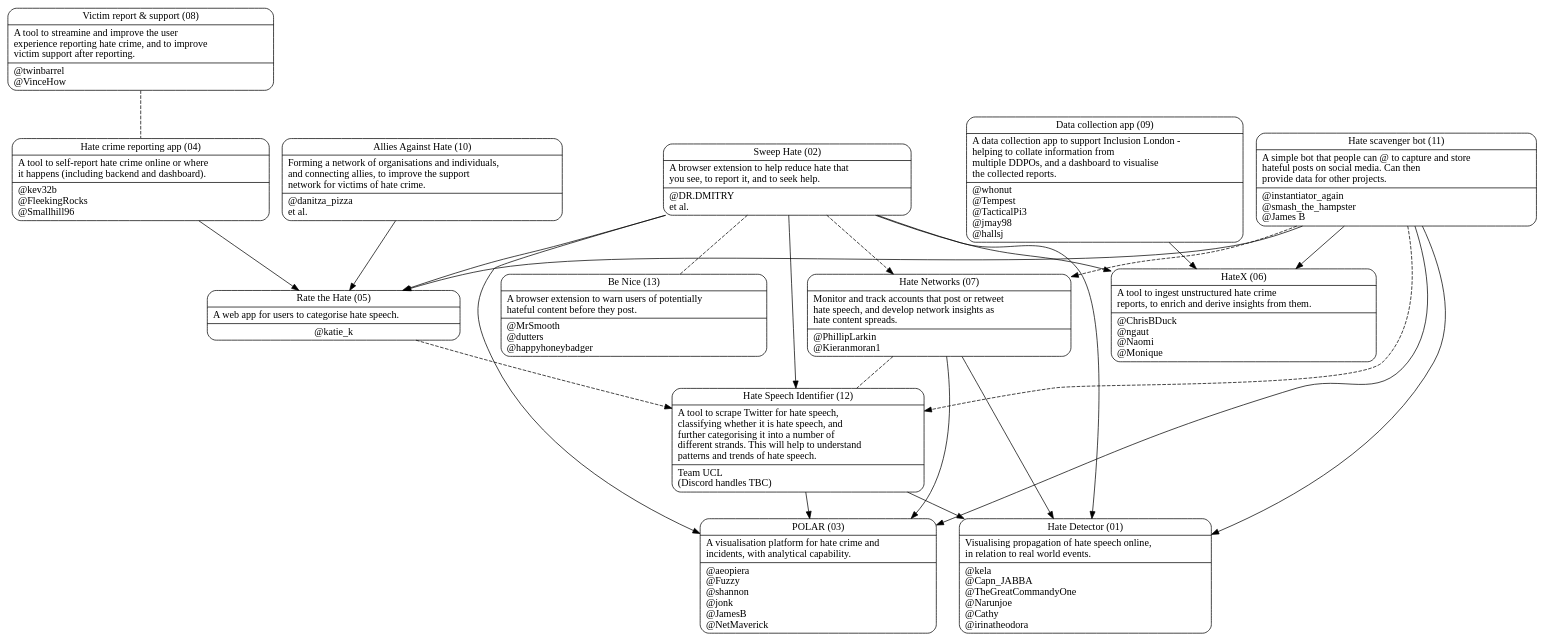
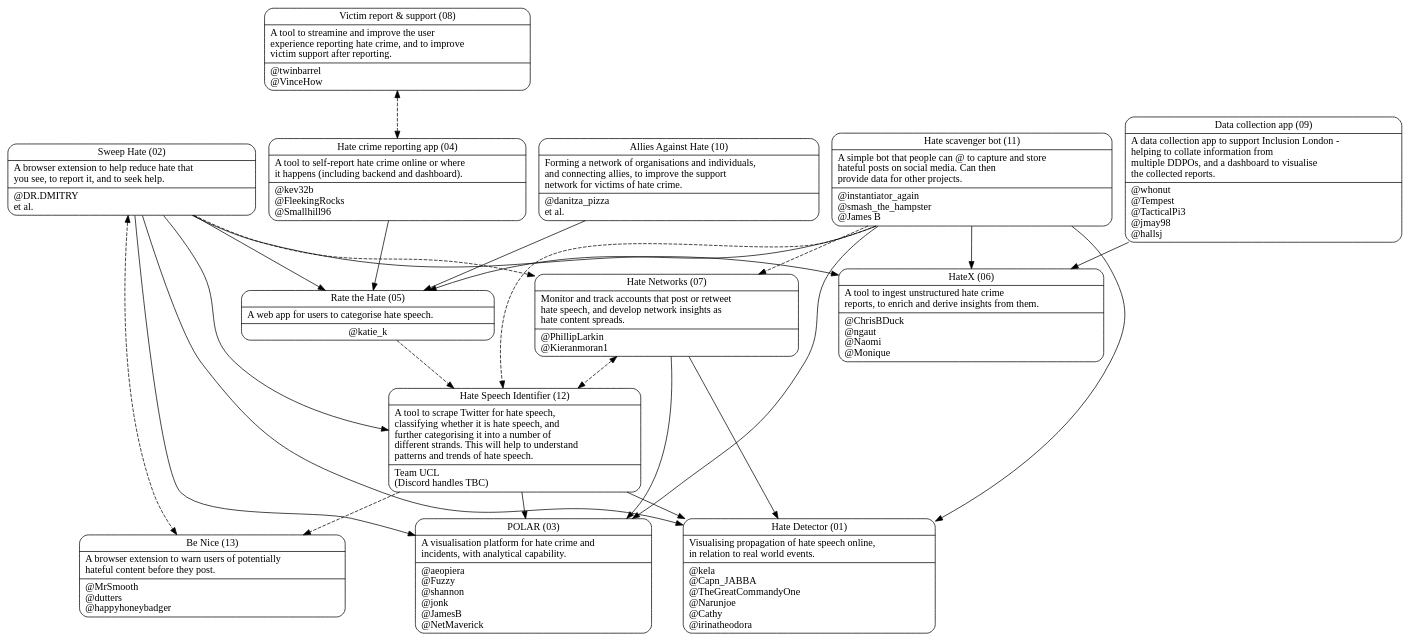
The diagram in project-graph/hack-hate-2020-projects.dot (PoliceRewired/hack-hate-util), drawn with Graphviz before and after one commit. The commit also changed 1 other file, not shown here.

Commit message:
A little more work on the graph

```diff
--- a/project-graph/hack-hate-2020-projects.dot
+++ b/project-graph/hack-hate-2020-projects.dot
@@ -1,39 +1,40 @@
 digraph "Hack Hate 2020" {
     p1 [label="{<f0> Hate Detector (01)           |<f1> Visualising propagation of hate speech online, \lin relation to real world events.\l|<f2> @kela\l@Capn_JABBA\l@TheGreatCommandyOne\l@Narunjoe\l@Cathy\l@irinatheodora\l}" shape=Mrecord];
     p2 [label="{<f0> Sweep Hate (02)              |<f1> A browser extension to help reduce hate that \lyou see, to report it, and to seek help.\l|<f2> @DR.DMITRY\let al.\l}" shape=Mrecord];
     p3 [label="{<f0> POLAR (03)                   |<f1> A visualisation platform for hate crime and \lincidents, with analytical capability.\l|<f2> @aeopiera\l@Fuzzy\l@shannon\l@jonk\l@JamesB\l@NetMaverick\l}" shape=Mrecord];
     p4 [label="{<f0> Hate crime reporting app (04)|<f1> A tool to self-report hate crime online or where \lit happens (including backend and dashboard).\l|<f2> @kev32b\l@FleekingRocks\l@Smallhill96\l}" shape=Mrecord];
     p5 [label="{<f0> Rate the Hate (05)           |<f1> A web app for users to categorise hate speech.\l|<f2> @katie_k}" shape=Mrecord];
     p6 [label="{<f0> HateX (06)                   |<f1> A tool to ingest unstructured hate crime \lreports, to enrich and derive insights from them.\l|<f2> @ChrisBDuck\l@ngaut\l@Naomi\l@Monique\l}" shape=Mrecord];
     p7 [label="{<f0> Hate Networks (07)           |<f1> Monitor and track accounts that post or retweet \lhate speech, and develop network insights as \lhate content spreads.\l|<f2> @PhillipLarkin\l@Kieranmoran1\l}" shape=Mrecord];
     p8 [label="{<f0> Victim report & support (08) |<f1> A tool to streamine and improve the user \lexperience reporting hate crime, and to improve \lvictim support after reporting.\l|<f2> @twinbarrel\l@VinceHow\l}" shape=Mrecord];
     p9 [label="{<f0> Data collection app (09)     |<f1> A data collection app to support Inclusion London - \lhelping to collate information from \lmultiple DDPOs, and a dashboard to visualise \lthe collected reports.\l|<f2> @whonut\l@Tempest\l@TacticalPi3\l@jmay98\l@hallsj\l}" shape=Mrecord];
     p10 [label="{<f0> Allies Against Hate (10)    |<f1> Forming a network of organisations and individuals,\land connecting allies, to improve the support \lnetwork for victims of hate crime.\l|<f2> @danitza_pizza\let al.\l}" shape=Mrecord];
     p11 [label="{<f0> Hate scavenger bot (11)     |<f1> A simple bot that people can @ to capture and store\lhateful posts on social media. Can then \lprovide data for other projects.\l|<f2> @instantiator_again\l@smash_the_hampster\l@James B\l}" shape=Mrecord];
     p12 [label="{<f0> Hate Speech Identifier (12) |<f1> A tool to scrape Twitter for hate speech, \lclassifying whether it is hate speech, and \lfurther categorising it into a number of \ldifferent strands. This will help to understand \lpatterns and trends of hate speech.\l|<f2> Team UCL\l(Discord handles TBC)\l}" shape=Mrecord];
-    p14 [label="{<f0> Be Nice (13)                |<f1> A browser extension to warn users of potentially \lhateful content before they post.\l|<f2> @MrSmooth\l@dutters\l@happyhoneybadger\l}" shape=Mrecord];
+    p13 [label="{<f0> Be Nice (13)                |<f1> A browser extension to warn users of potentially \lhateful content before they post.\l|<f2> @MrSmooth\l@dutters\l@happyhoneybadger\l}" shape=Mrecord];
 
     p11 -> p5;
     p10 -> p5;
     p11 -> p3;
     p2 -> p3;
     p7 -> p3;
     p12 -> p3;
-    p2 -> p14 [dir=none, style=dashed];
+    p2 -> p13 [dir=both, style=dashed];
     p2 -> p12;
     p11 -> p12 [style=dashed];
     p5 -> p12 [style=dashed];
     p2 -> p7 [style=dashed];
     p11 -> p7 [style=dashed];
     p7 -> p1;
     p11 -> p1;
     p12 -> p1;
+    p12 -> p13 [style=dashed];
     p2 -> p1;
     p4 -> p5;
     p9 -> p6;
     p11 -> p6;
     p2 -> p6;
     p2 -> p5;
-    p7 -> p12 [dir=none, style=dashed];
-    p8 -> p4 [dir=none, style=dashed];
+    p7 -> p12 [dir=both, style=dashed];
+    p8 -> p4 [dir=both, style=dashed];
 }
```
